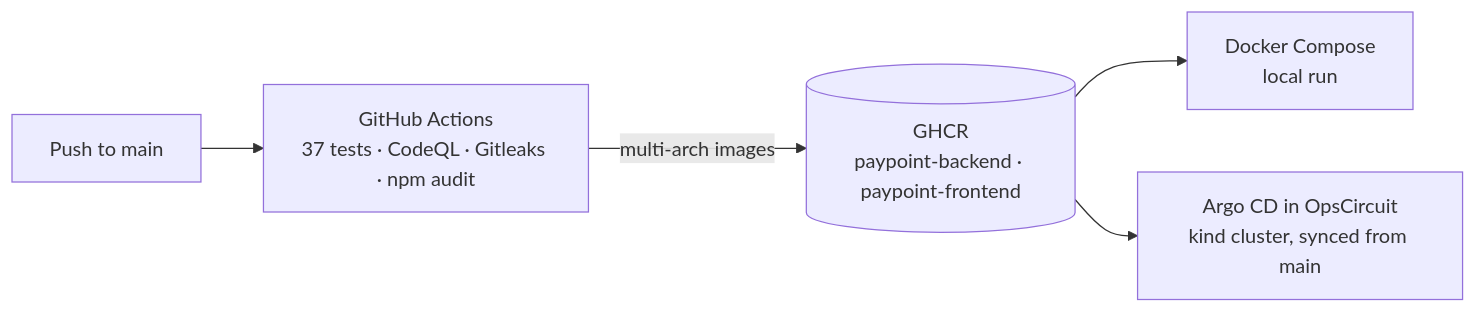
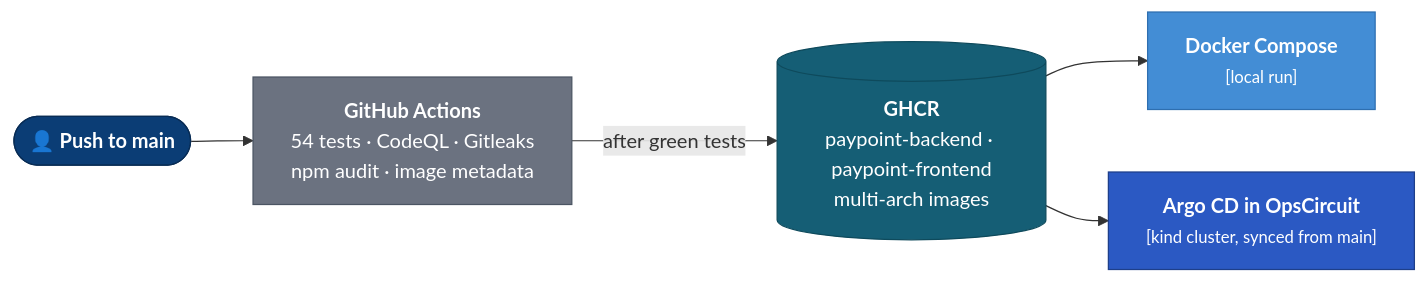
Before and after one commit to vzuliani97/vzuliani97.github.io: the diagram in diagrams/nekobet-deployment.mmd, drawn with Mermaid. The commit also changed 12 other files, not shown here.

First line of the commit message:
feat: C4-style architecture diagrams (Mermaid, custom theme) for all three projects

```diff
--- a/diagrams/nekobet-deployment.mmd
+++ b/diagrams/nekobet-deployment.mmd
@@ -1,5 +1,17 @@
 flowchart LR
-  dev["Push to main"] --> ci["GitHub Actions<br/>37 tests · CodeQL · Gitleaks · npm audit"]
-  ci -->|multi-arch images| g[("GHCR<br/>paypoint-backend · paypoint-frontend")]
-  g --> local["Docker Compose<br/>local run"]
-  g --> argo["Argo CD in OpsCircuit<br/>kind cluster, synced from main"]
+  dev(["👤 <b>Push to main</b>"]):::person
+  ci["<b>GitHub Actions</b><br/>54 tests · CodeQL · Gitleaks<br/>npm audit · image metadata"]:::external
+  g[("<b>GHCR</b><br/>paypoint-backend · paypoint-frontend<br/>multi-arch images")]:::store
+  local["<b>Docker Compose</b><br/><small>[local run]</small>"]:::container
+  argo["<b>Argo CD in OpsCircuit</b><br/><small>[kind cluster, synced from main]</small>"]:::system
+  dev --> ci
+  ci -->|"after green tests"| g
+  g --> local
+  g --> argo
+
+  classDef person fill:#0b3d75,stroke:#082c55,color:#ffffff
+  classDef container fill:#438dd5,stroke:#2e6fb0,color:#ffffff
+  classDef store fill:#155e75,stroke:#0e4a5c,color:#ffffff
+  classDef external fill:#6b7280,stroke:#4b5563,color:#ffffff
+  classDef planned fill:#ffffff,stroke:#94a3b8,stroke-dasharray:6 4,color:#475569
+  classDef system fill:#2b59c3,stroke:#1e3f8a,color:#ffffff
```
